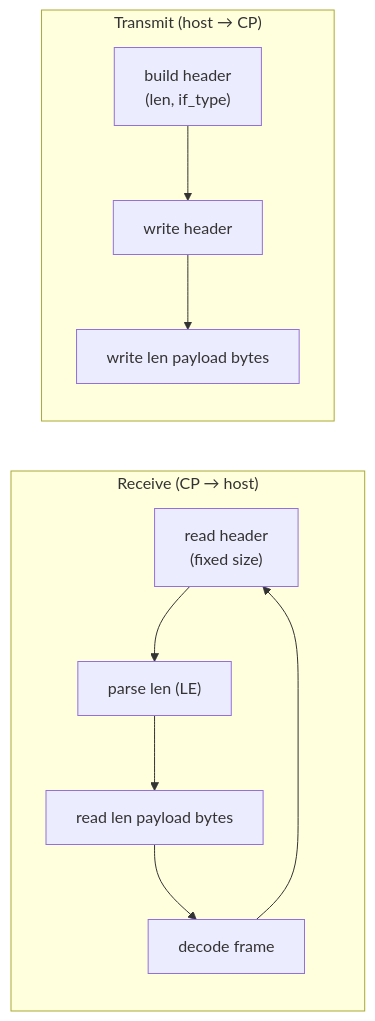
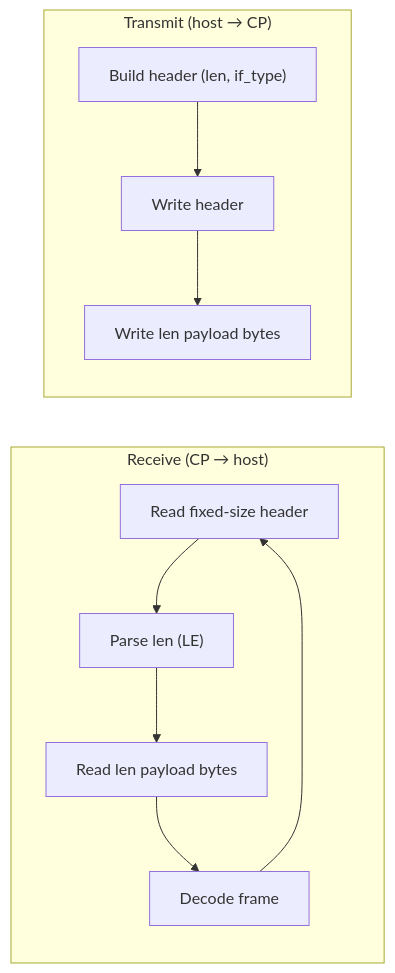
The first of 3 diagrams in docs/design/uart.md (espressif/esp-hosted-mcu), drawn with Mermaid before and after one commit. The commit also changed other lines of this file and 8 other files, not shown here.

````diff
--- a/docs/design/uart.md
+++ b/docs/design/uart.md
@@ -13,13 +13,13 @@
 ```mermaid
 flowchart LR
     subgraph RX["Receive (CP → host)"]
-        A["read header<br/>(fixed size)"] --> B["parse len (LE)"]
-        B --> C["read len payload bytes"]
-        C --> D["decode frame"]
+        A["Read fixed-size header"] --> B["Parse len (LE)"]
+        B --> C["Read len payload bytes"]
+        C --> D["Decode frame"]
         D --> A
     end
     subgraph TX["Transmit (host → CP)"]
-        E["build header<br/>(len, if_type)"] --> F["write header"]
-        F --> G["write len payload bytes"]
+        E["Build header (len, if_type)"] --> F["Write header"]
+        F --> G["Write len payload bytes"]
     end
 ```
````
